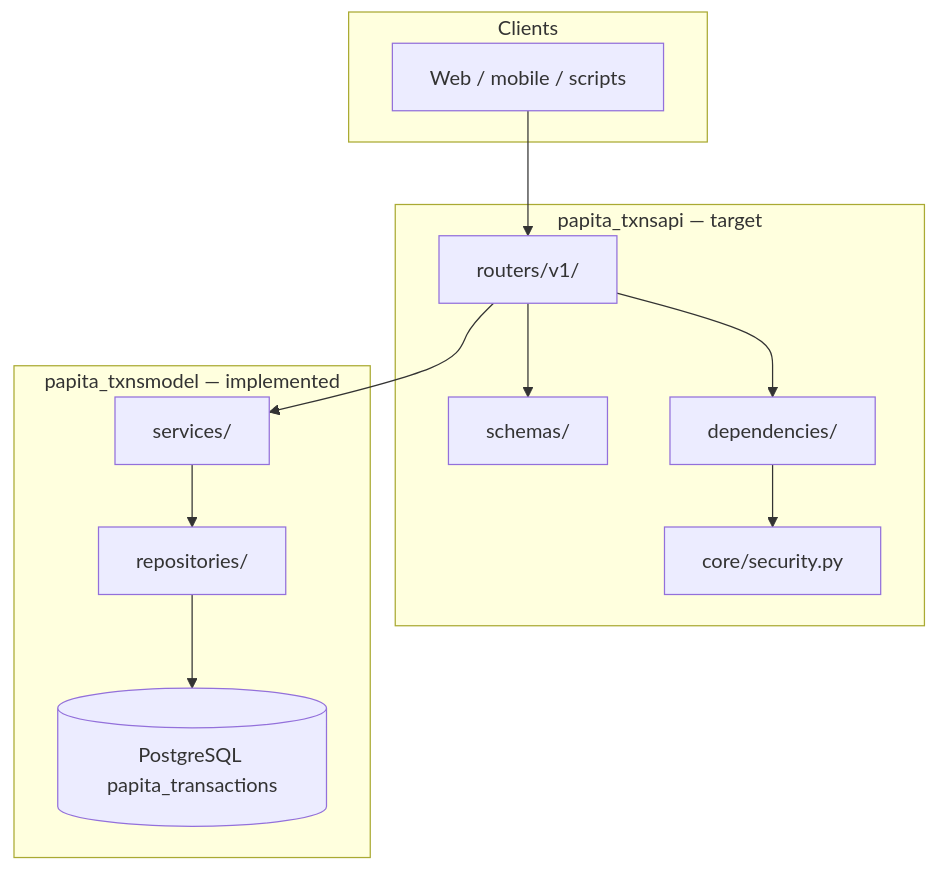
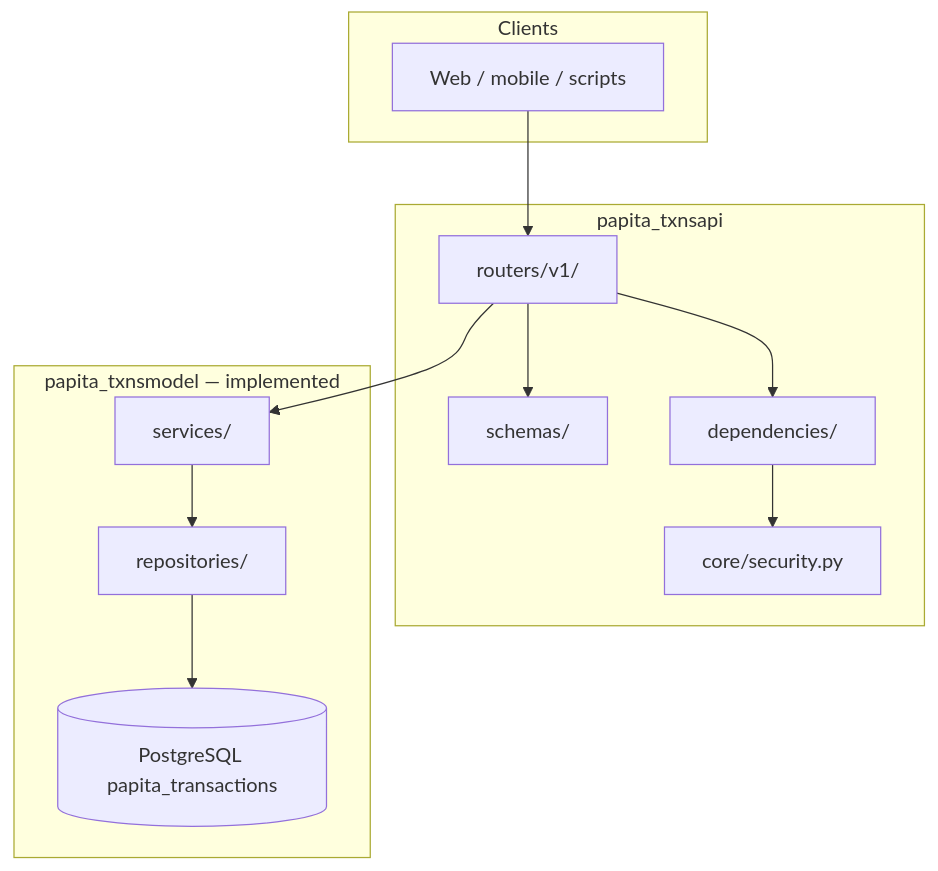
One commit to Elmorralito/save-ma-money changed the diagram in modules/api/README.md. Above: the diagram before and after it, drawn with Mermaid. The commit also changed other lines of this file and 20 other files, not shown here.

````diff
--- a/modules/api/README.md
+++ b/modules/api/README.md
@@ -88,25 +101,25 @@
 ```mermaid
 flowchart TB
   subgraph clients [Clients]
     WEB[Web / mobile / scripts]
   end
 
-  subgraph api [papita_txnsapi — target]
+  subgraph api [papita_txnsapi]
     R[routers/v1/]
     SCH[schemas/]
     DEP[dependencies/]
     SEC[core/security.py]
   end
 
   subgraph model [papita_txnsmodel — implemented]
     SV[services/]
     RP[repositories/]
     DBT[(PostgreSQL papita_transactions)]
   end
 
   WEB --> R
   R --> DEP --> SEC
   R --> SCH
   R --> SV
   SV --> RP --> DBT
 ```
````
